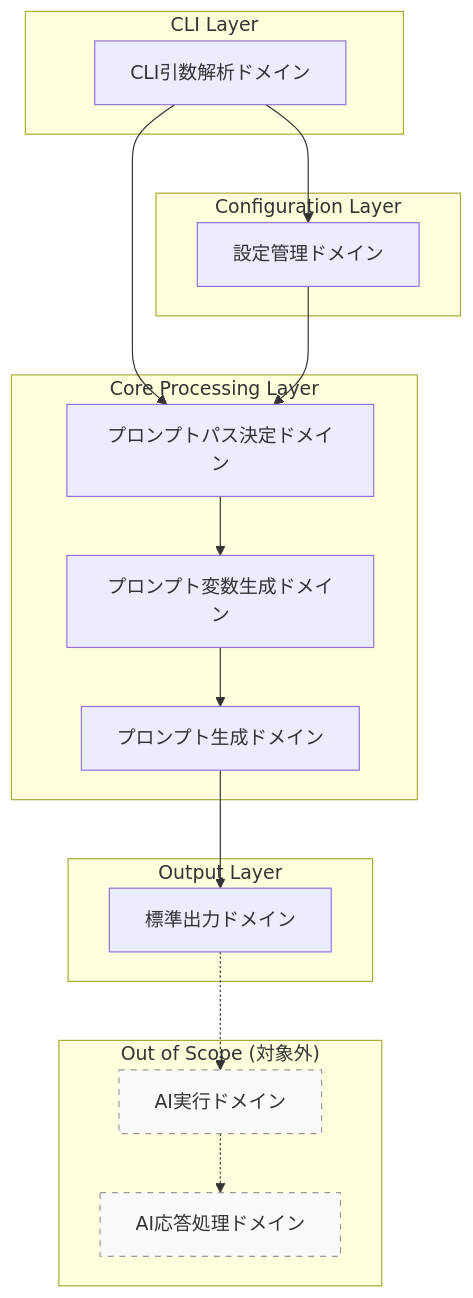
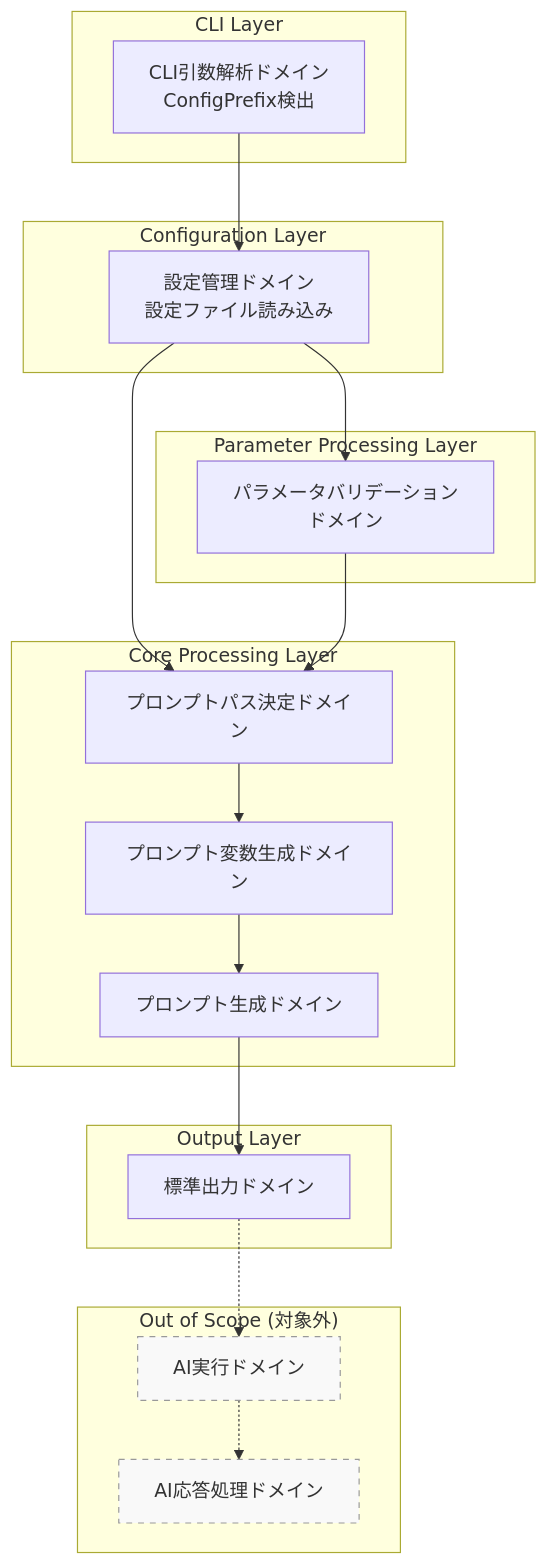
Before and after one commit to tettuan/breakdown: the first of 4 diagrams in docs/breakdown/domain_core/domain_boundaries_flow.ja.md, drawn with Mermaid. The commit also changed other lines of this file and 1 other file, not shown here.

````diff
--- a/docs/breakdown/domain_core/domain_boundaries_flow.ja.md
+++ b/docs/breakdown/domain_core/domain_boundaries_flow.ja.md
@@ -31,40 +32,45 @@
 ```mermaid
 graph TB
     subgraph "CLI Layer"
-        CLI[CLI引数解析ドメイン]
+        CLI[CLI引数解析ドメイン<br/>ConfigPrefix検出]
     end
     
     subgraph "Configuration Layer"
-        CONFIG[設定管理ドメイン]
+        CONFIG[設定管理ドメイン<br/>設定ファイル読み込み]
+    end
+    
+    subgraph "Parameter Processing Layer"
+        PARAMS[パラメータバリデーション<br/>ドメイン]
     end
     
     subgraph "Core Processing Layer"
         PATH[プロンプトパス決定ドメイン]
         VARS[プロンプト変数生成ドメイン]
         PROMPT[プロンプト生成ドメイン]
     end
     
     subgraph "Output Layer"
         OUTPUT[標準出力ドメイン]
     end
     
     subgraph "Out of Scope (対象外)" 
         EXEC[AI実行ドメイン]
         RESPONSE[AI応答処理ドメイン]
     end
     
     CLI --> CONFIG
-    CLI --> PATH
+    CONFIG --> PARAMS
     CONFIG --> PATH
+    PARAMS --> PATH
     PATH --> VARS
     VARS --> PROMPT
     PROMPT --> OUTPUT
     
     %% 対象外の依存関係（点線で表示）
     OUTPUT -.-> EXEC
     EXEC -.-> RESPONSE
     
     %% スタイル設定
     style EXEC fill:#f9f9f9,stroke:#999,stroke-dasharray: 5 5
     style RESPONSE fill:#f9f9f9,stroke:#999,stroke-dasharray: 5 5
 ```
````
